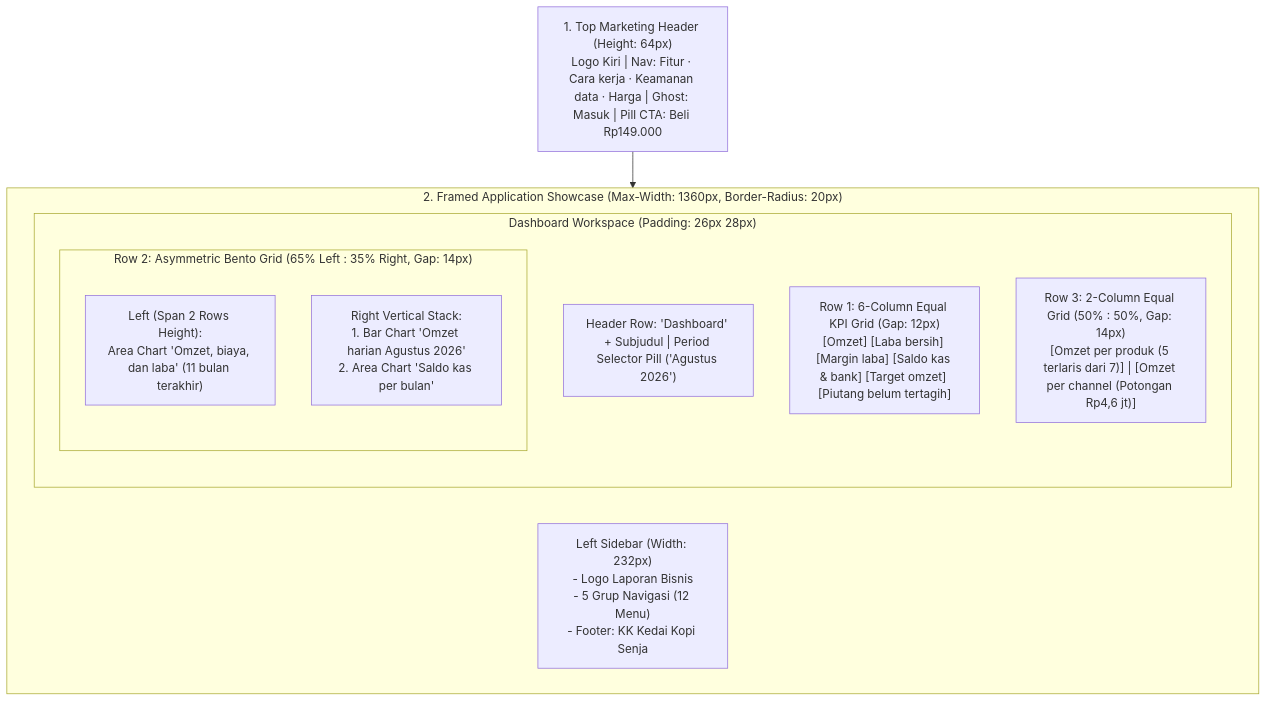
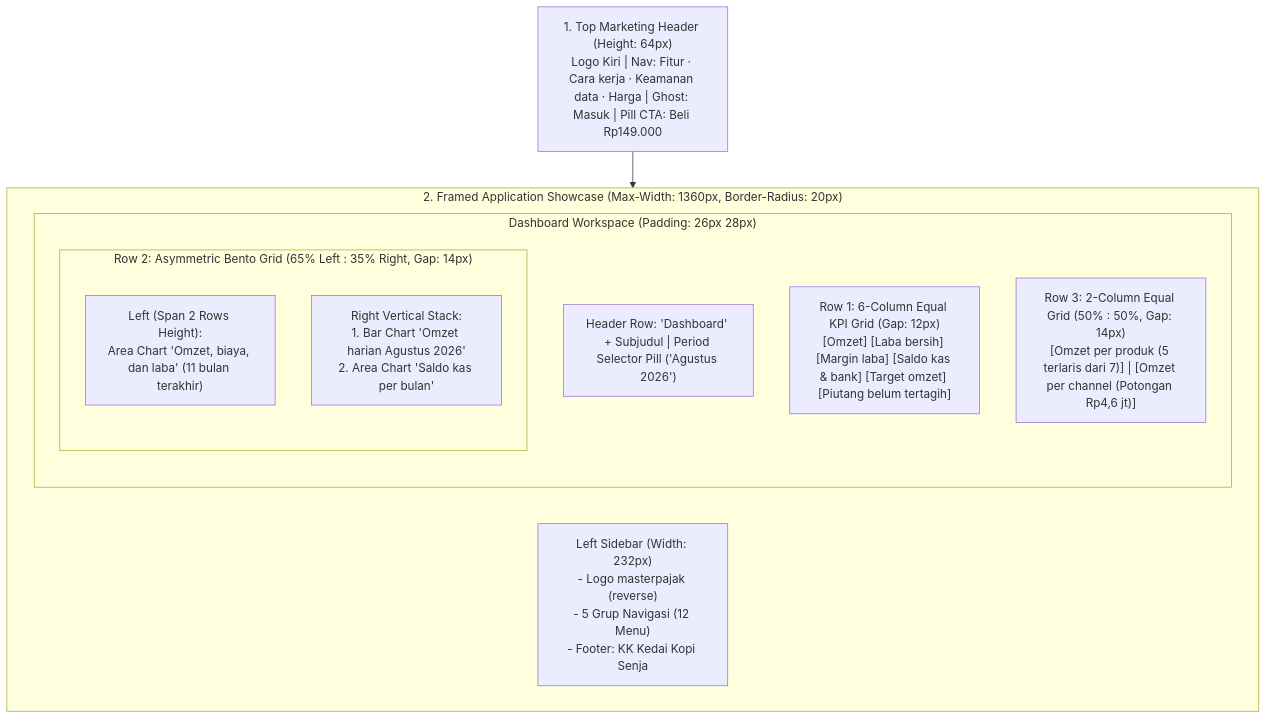
The diagram in DESIGN.md (reyfuu/jurnal), drawn with Mermaid before and after one commit. The commit also changed other lines of this file and 52 other files, not shown here.

````diff
--- a/DESIGN.md
+++ b/DESIGN.md
@@ -97,18 +107,18 @@
 ```mermaid
 flowchart TD
     TopNav["1. Top Marketing Header (Height: 64px)\nLogo Kiri | Nav: Fitur · Cara kerja · Keamanan data · Harga | Ghost: Masuk | Pill CTA: Beli Rp149.000"]
     subgraph AppFrame["2. Framed Application Showcase (Max-Width: 1360px, Border-Radius: 20px)"]
         direction LR
-        Sidebar["Left Sidebar (Width: 232px)\n- Logo Laporan Bisnis\n- 5 Grup Navigasi (12 Menu)\n- Footer: KK Kedai Kopi Senja"]
+        Sidebar["Left Sidebar (Width: 232px)\n- Logo masterpajak (reverse)\n- 5 Grup Navigasi (12 Menu)\n- Footer: KK Kedai Kopi Senja"]
         subgraph MainContent["Dashboard Workspace (Padding: 26px 28px)"]
             HeaderRow["Header Row: 'Dashboard' + Subjudul | Period Selector Pill ('Agustus 2026')"]
             KPIRow["Row 1: 6-Column Equal KPI Grid (Gap: 12px)\n[Omzet] [Laba bersih] [Margin laba] [Saldo kas & bank] [Target omzet] [Piutang belum tertagih]"]
             subgraph MiddleRow["Row 2: Asymmetric Bento Grid (65% Left : 35% Right, Gap: 14px)"]
                 BigChart["Left (Span 2 Rows Height):\nArea Chart 'Omzet, biaya, dan laba' (11 bulan terakhir)"]
                 RightStack["Right Vertical Stack:\n1. Bar Chart 'Omzet harian Agustus 2026'\n2. Area Chart 'Saldo kas per bulan'"]
             end
             BottomRow["Row 3: 2-Column Equal Grid (50% : 50%, Gap: 14px)\n[Omzet per produk (5 terlaris dari 7)] | [Omzet per channel (Potongan Rp4,6 jt)]"]
         end
     end
     TopNav --> AppFrame
 ```
````
